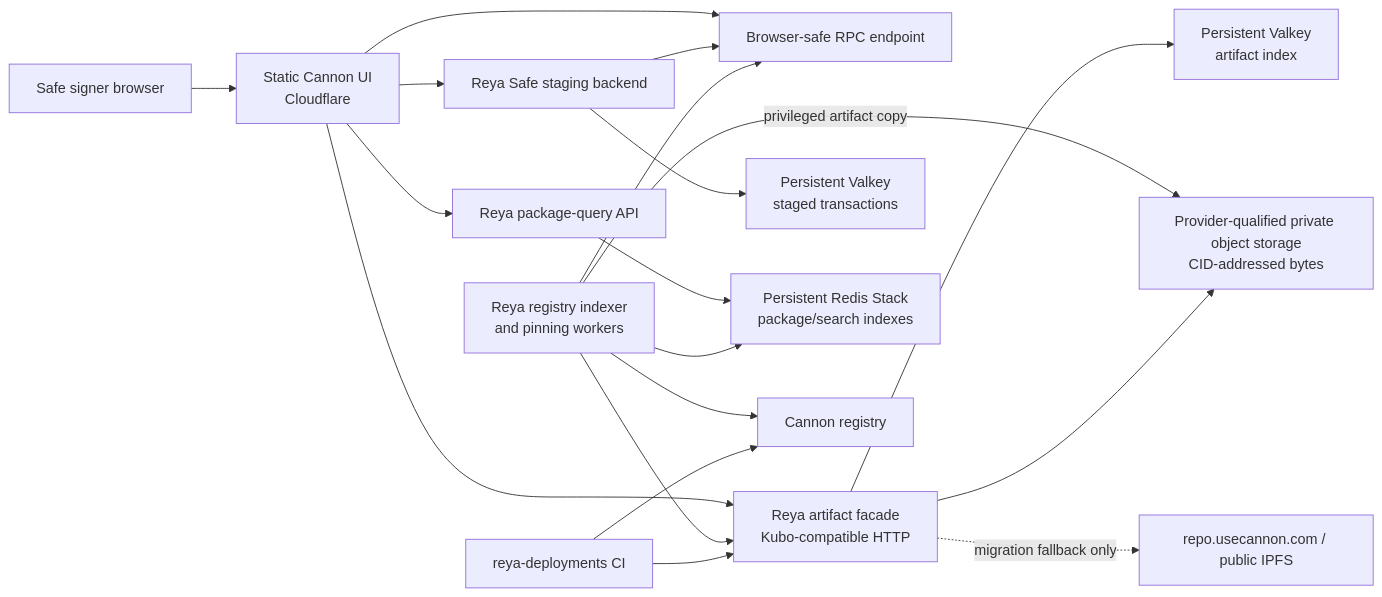
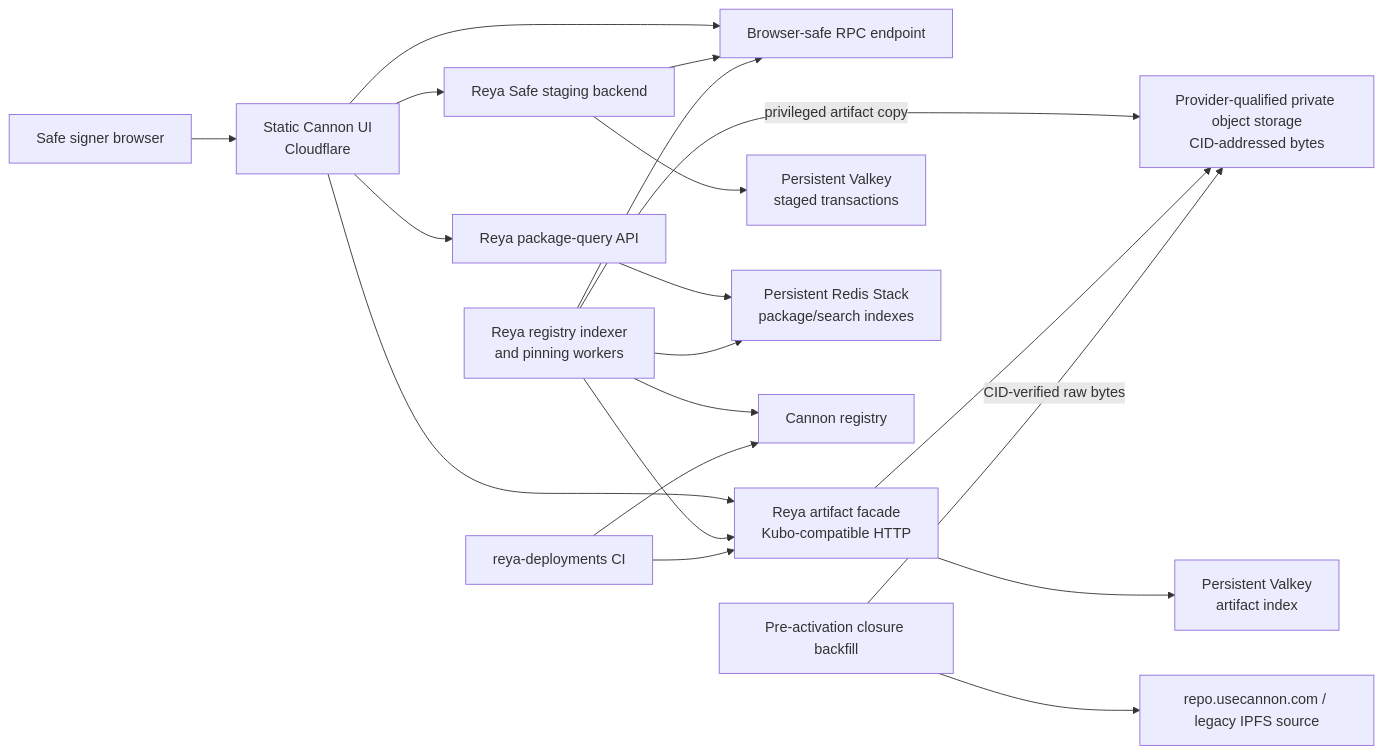
Before and after one commit to Reya-Labs/cannon: the diagram in docs/reya-self-host-compatibility.md, drawn with Mermaid. The commit also changed other lines of this file and 10 other files, not shown here.

Commit message:
feat(repo): make artifact reads local-only

````diff
--- a/docs/reya-self-host-compatibility.md
+++ b/docs/reya-self-host-compatibility.md
@@ -39,21 +39,22 @@
 ```mermaid
 flowchart LR
   signer["Safe signer browser"] --> ui["Static Cannon UI<br/>Cloudflare"]
   ui --> rpc["Browser-safe RPC endpoint"]
   ui --> stage["Reya Safe staging backend"]
   ui --> packageApi["Reya package-query API"]
   ui --> repo["Reya artifact facade<br/>Kubo-compatible HTTP"]
   stage --> stageRedis["Persistent Valkey<br/>staged transactions"]
   stage --> rpc
   packageApi --> packageRedis["Persistent Redis Stack<br/>package/search indexes"]
   indexer["Reya registry indexer<br/>and pinning workers"] --> packageRedis
   indexer --> registry["Cannon registry"]
   indexer --> rpc
   indexer --> repo
   indexer -->|"privileged artifact copy"| s3
   repo --> artifactRedis["Persistent Valkey<br/>artifact index"]
   repo --> s3["Provider-qualified private object storage<br/>CID-addressed bytes"]
-  repo -. "migration fallback only" .-> cannon["repo.usecannon.com / public IPFS"]
+  backfill["Pre-activation closure backfill"] --> cannon["repo.usecannon.com / legacy IPFS source"]
+  backfill -->|"CID-verified raw bytes"| s3
   ci["reya-deployments CI"] --> repo
   ci --> registry
 ```
````
